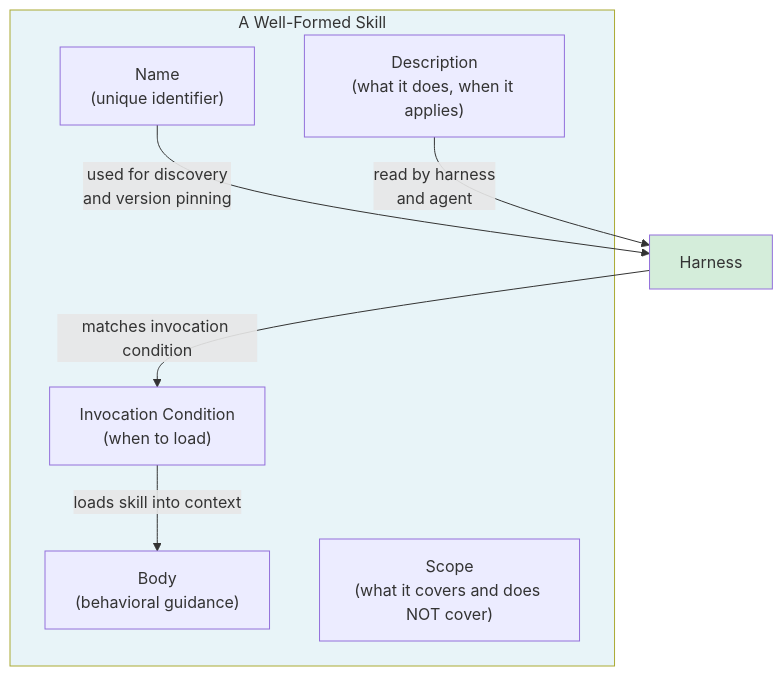
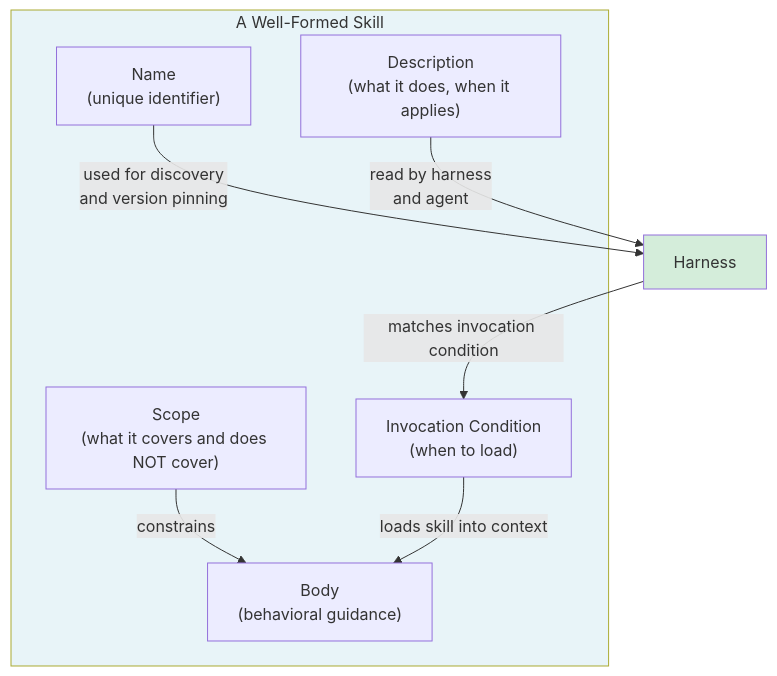
The diagram in docs/en/Agent Skills/501.md (alivedise/agentic-engineering-essentials), drawn with Mermaid before and after one commit. The commit also changed other lines of this file and 1 other file, not shown here.

Commit message:
fix(AEE-501): scope diagram edge, zh-TW body term, add AEE-506 cross-ref

````diff
--- a/docs/en/Agent Skills/501.md
+++ b/docs/en/Agent Skills/501.md
@@ -101,18 +101,19 @@
 ```mermaid
 graph TD
     subgraph Skill["A Well-Formed Skill"]
         N["Name\n(unique identifier)"]
         D["Description\n(what it does, when it applies)"]
         IC["Invocation Condition\n(when to load)"]
         B["Body\n(behavioral guidance)"]
         S["Scope\n(what it covers and does NOT cover)"]
+        S -->|"constrains"| B
     end
 
     H["Harness"] -->|"matches invocation condition"| IC
     IC -->|"loads skill into context"| B
     N -->|"used for discovery\nand version pinning"| H
     D -->|"read by harness\nand agent"| H
 
     style Skill fill:#e8f4f8
     style H fill:#d4edda
 ```
````
